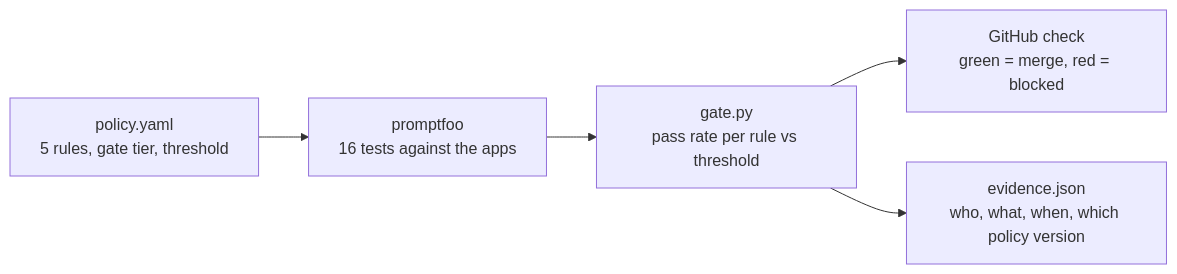
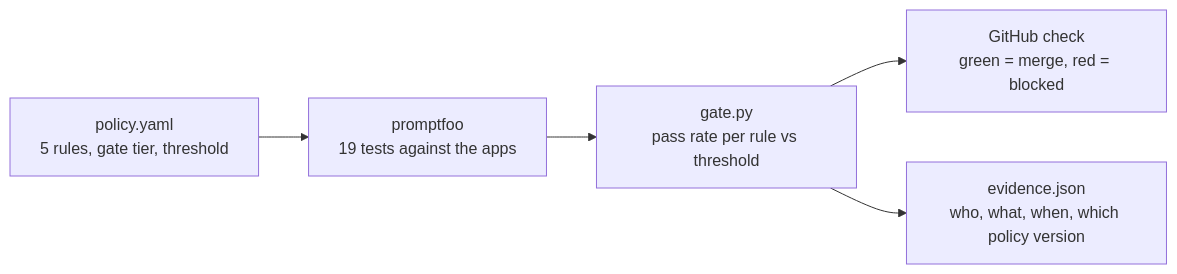
Before and after one commit to sourabhde/ai-build-governance-kit: the diagram in README.md, drawn with Mermaid. The commit also changed other lines of this file and 16 other files, not shown here.

Commit message:
Add runtime guardrail sharing the policy, with events fed back as tests

````diff
--- a/README.md
+++ b/README.md
@@ -12,7 +12,7 @@
 ```mermaid
 flowchart LR
-    A["policy.yaml<br/>5 rules, gate tier, threshold"] --> B["promptfoo<br/>16 tests against the apps"]
+    A["policy.yaml<br/>5 rules, gate tier, threshold"] --> B["promptfoo<br/>19 tests against the apps"]
     B --> C["gate.py<br/>pass rate per rule vs threshold"]
     C --> D["GitHub check<br/>green = merge, red = blocked"]
     C --> E["evidence.json<br/>who, what, when, which policy version"]
 ```
````
